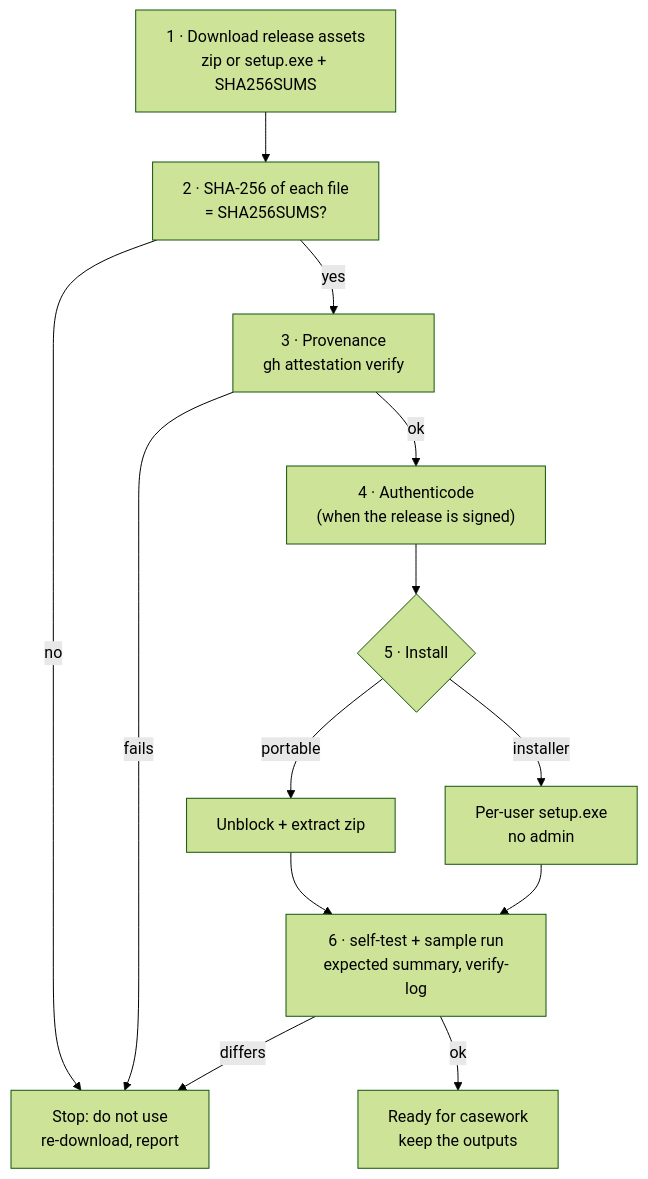
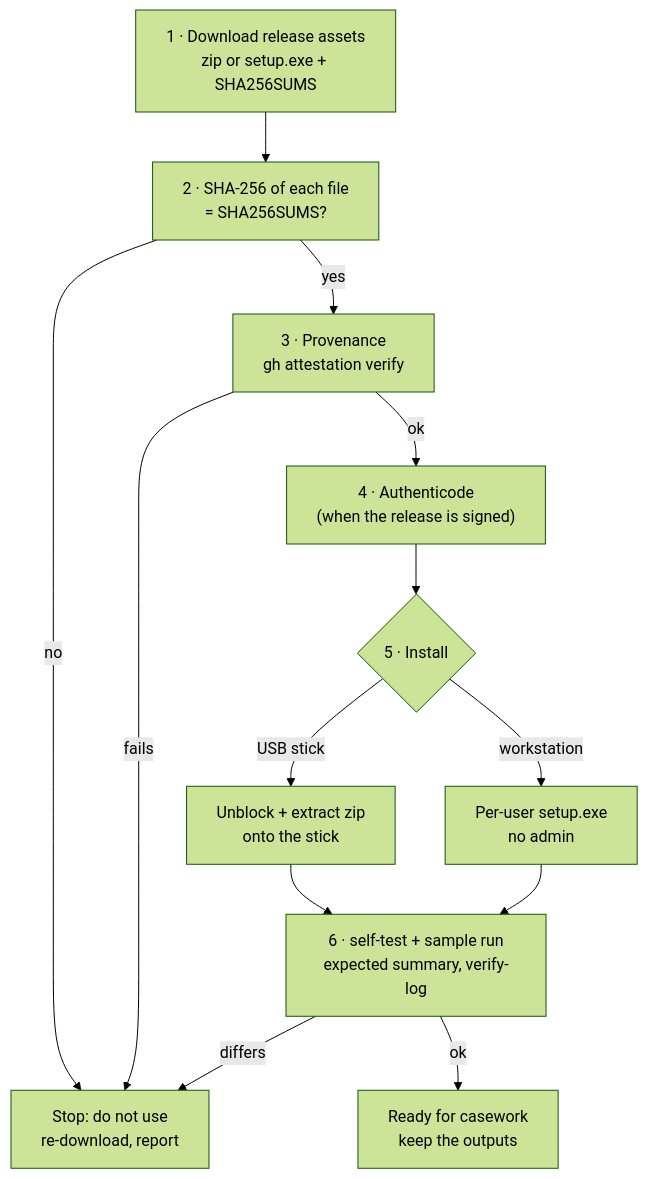
The diagram in docs/installation.md (Panacota96/rv-triage), drawn with Mermaid (forest theme) before and after one commit. The commit also changed other lines of this file and 85 other files, not shown here.

````diff
--- a/docs/installation.md
+++ b/docs/installation.md
@@ -18,15 +20,15 @@
 ```mermaid
 flowchart TB
     A["1 · Download release assets<br/>zip or setup.exe + SHA256SUMS"] --> B["2 · SHA-256 of each file<br/>= SHA256SUMS?"]
     B -->|no| X["Stop: do not use<br/>re-download, report"]
     B -->|yes| C["3 · Provenance<br/>gh attestation verify"]
     C -->|fails| X
     C -->|ok| D["4 · Authenticode<br/>(when the release is signed)"]
     D --> E{"5 · Install"}
-    E -->|portable| F["Unblock + extract zip"]
-    E -->|installer| G["Per-user setup.exe<br/>no admin"]
+    E -->|USB stick| F["Unblock + extract zip<br/>onto the stick"]
+    E -->|workstation| G["Per-user setup.exe<br/>no admin"]
     F --> H["6 · self-test + sample run<br/>expected summary, verify-log"]
     G --> H
     H -->|ok| J["Ready for casework<br/>keep the outputs"]
     H -->|differs| X
 ```
````
